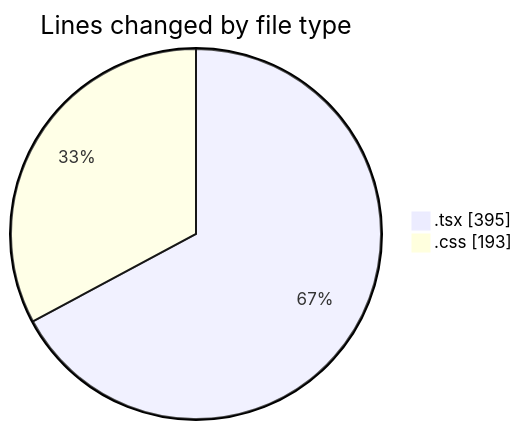
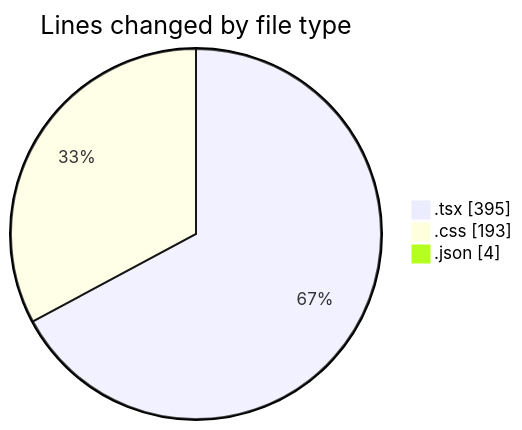
The first of 2 diagrams in 2025-02-13/portofolio/README.md (donsfak/code-tracking), drawn with Mermaid before and after one commit. The commit also changed other lines of this file and 1 other file, not shown here.

````diff
--- a/2025-02-13/portofolio/README.md
+++ b/2025-02-13/portofolio/README.md
@@ -21,6 +22,7 @@
 ```mermaid
 pie showData
 title Lines changed by file type
 ".tsx" : 395
 ".css" : 193
+".json" : 4
 ```
````
